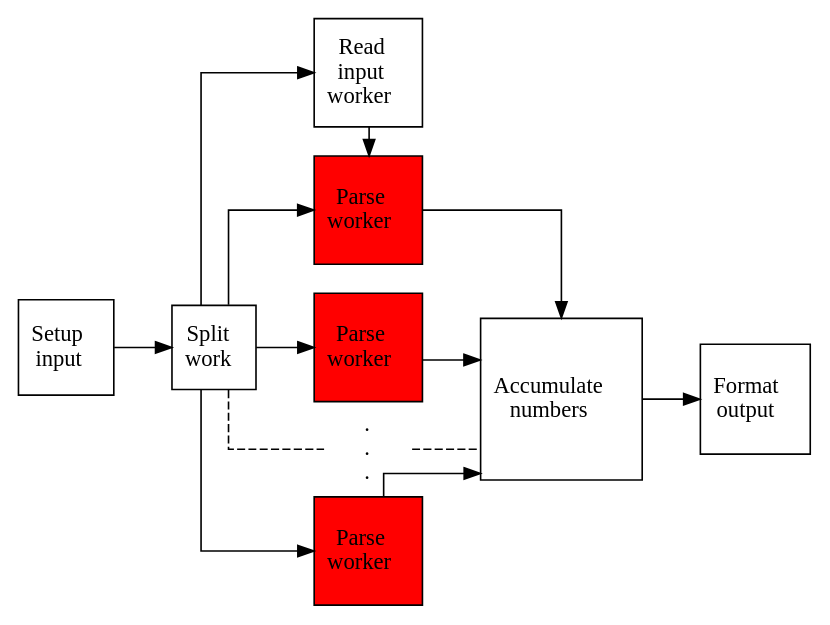
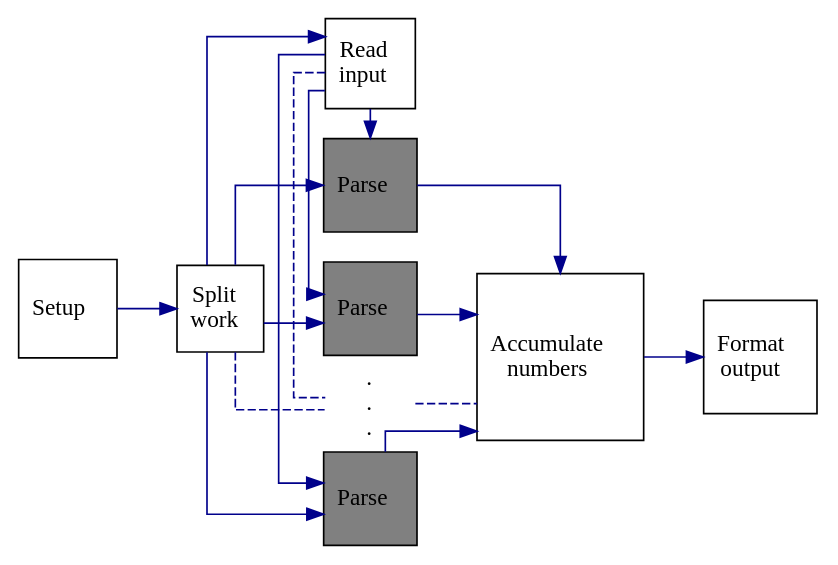
Before and after one commit to terjr/thesis: the diagram in report/figs/pet-pipeline.gv, drawn with Graphviz.

Commit message:
prettier colors on pipeline figure

```diff
--- a/report/figs/pet-pipeline.gv
+++ b/report/figs/pet-pipeline.gv
@@ -1,38 +1,42 @@
 digraph PET {
     rankdir = LR;
     size="8,5"
     splines=ortho;
     node [shape = square];
+    edge [color = blue4];
 
     subgraph {
         rankdir = TB;
         rank="same";
         read
         parse3 [shape="none",label=<.<br/>.<br/>.>,height="0.3",margin="0",fixedsize="true"]
         read->parse1
+        read->parse2
+        read->parse3 [style="dashed",arrowhead="none"]
+        read->parse4
         parse1->parse2 [style="invis"]
         parse2->parse3 [style="invis"]
         parse3->parse4 [style="invis"]
     }
 
-    read [label=<Read<br/>input<br/>worker>]
+    read [label=<Read<br/>input>]
 
-    setup [label=<Setup<br/>input>]
+    setup [label=<Setup>]
     setup -> split
     split [label=<Split<br/>work>];
     split -> read;
     split -> parse1 -> merge;
     split -> parse2 -> merge;
     split -> parse4 -> merge;
     split -> parse3->merge [style="dashed",arrowhead="none"]
 
 
-    parse1 [label=<Parse<br/>worker>,style=filled,fillcolor=red];
-    parse2 [label=<Parse<br/>worker>,style=filled,fillcolor=red];
-    parse4 [label=<Parse<br/>worker>,style=filled,fillcolor=red];
+    parse1 [label=<Parse>,style=filled,fillcolor=gray];
+    parse2 [label=<Parse>,style=filled,fillcolor=gray];
+    parse4 [label=<Parse>,style=filled,fillcolor=gray];
 
     merge [label=<Accumulate<br/>numbers>]
     output [label=<Format<br/>output>]
 
     merge->output
 }
```
